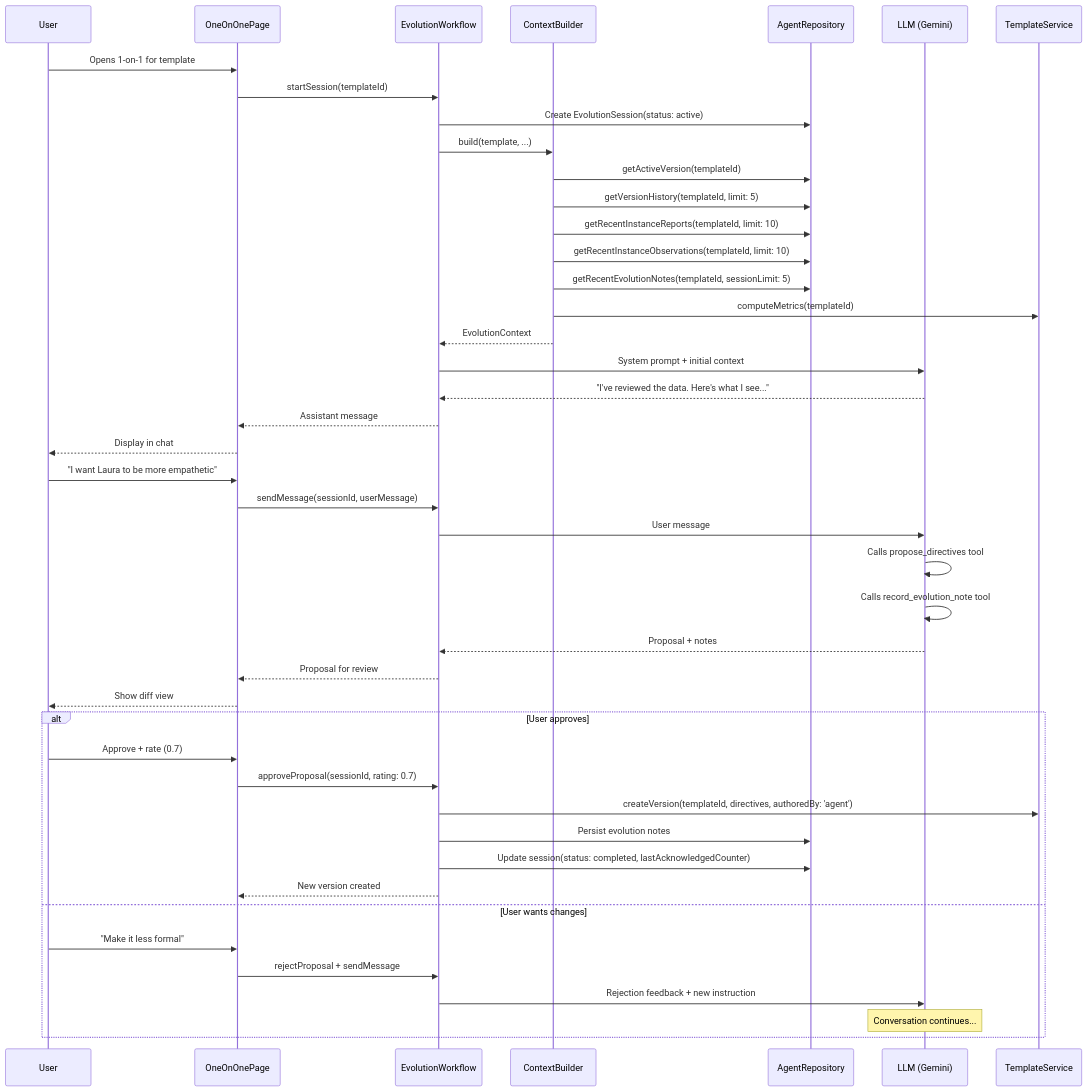
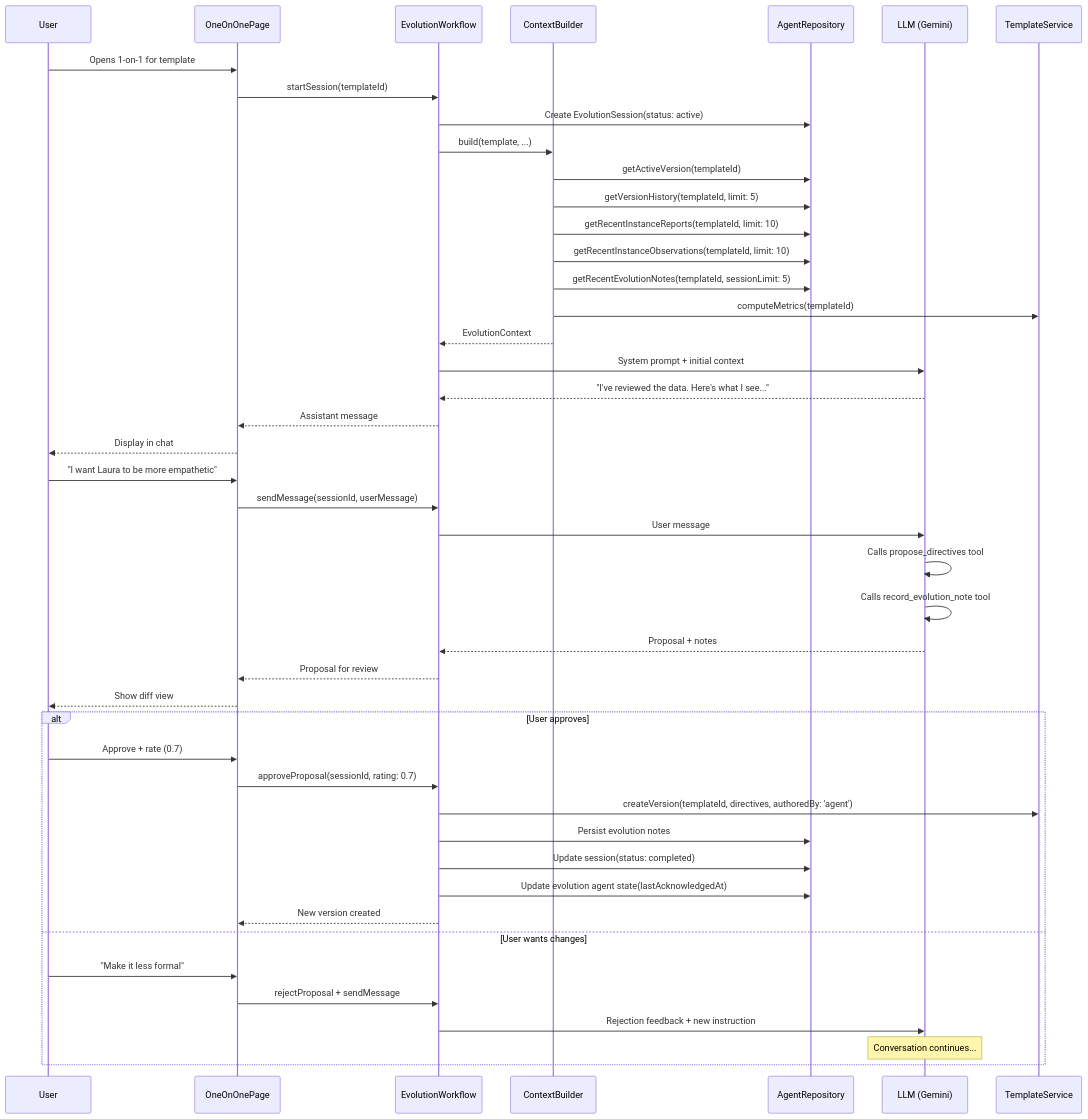
One commit to matthiasn/lotti changed the fourth of 8 diagrams in docs/implementation_plans/2026-02-26_template_evolution_agent_lifecycle.md. Above: the diagram before and after it, drawn with Mermaid. The commit also changed other lines of this file and 12 other files, not shown here.

````diff
--- a/docs/implementation_plans/2026-02-26_template_evolution_agent_lifecycle.md
+++ b/docs/implementation_plans/2026-02-26_template_evolution_agent_lifecycle.md
@@ -471,51 +466,52 @@
 ```mermaid
 sequenceDiagram
     participant U as User
     participant UI as OneOnOnePage
     participant EW as EvolutionWorkflow
     participant CB as ContextBuilder
     participant DB as AgentRepository
     participant LLM as LLM (Gemini)
     participant TS as TemplateService
 
     U->>UI: Opens 1-on-1 for template
     UI->>EW: startSession(templateId)
     EW->>DB: Create EvolutionSession(status: active)
     EW->>CB: build(template, ...)
 
     CB->>DB: getActiveVersion(templateId)
     CB->>DB: getVersionHistory(templateId, limit: 5)
     CB->>DB: getRecentInstanceReports(templateId, limit: 10)
     CB->>DB: getRecentInstanceObservations(templateId, limit: 10)
     CB->>DB: getRecentEvolutionNotes(templateId, sessionLimit: 5)
     CB->>TS: computeMetrics(templateId)
     CB-->>EW: EvolutionContext
 
     EW->>LLM: System prompt + initial context
     LLM-->>EW: "I've reviewed the data. Here's what I see..."
     EW-->>UI: Assistant message
     UI-->>U: Display in chat
 
     U->>UI: "I want Laura to be more empathetic"
     UI->>EW: sendMessage(sessionId, userMessage)
     EW->>LLM: User message
     LLM->>LLM: Calls propose_directives tool
     LLM->>LLM: Calls record_evolution_note tool
     LLM-->>EW: Proposal + notes
     EW-->>UI: Proposal for review
     UI-->>U: Show diff view
 
     alt User approves
         U->>UI: Approve + rate (0.7)
         UI->>EW: approveProposal(sessionId, rating: 0.7)
         EW->>TS: createVersion(templateId, directives, authoredBy: 'agent')
         EW->>DB: Persist evolution notes
-        EW->>DB: Update session(status: completed, lastAcknowledgedCounter)
+        EW->>DB: Update session(status: completed)
+        EW->>DB: Update evolution agent state(lastAcknowledgedAt)
         EW-->>UI: New version created
     else User wants changes
         U->>UI: "Make it less formal"
         UI->>EW: rejectProposal + sendMessage
         EW->>LLM: Rejection feedback + new instruction
         Note over LLM: Conversation continues...
     end
 ```
````
